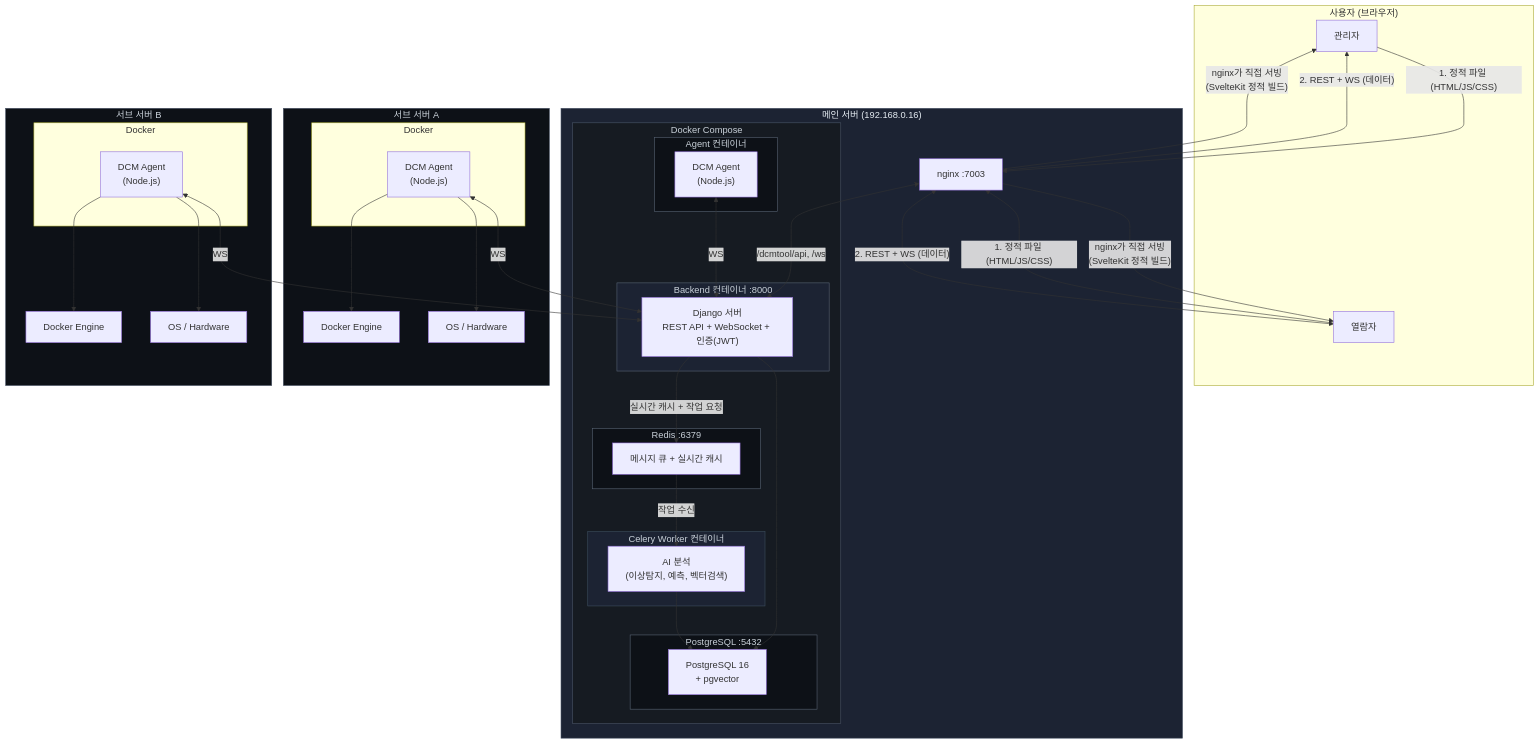
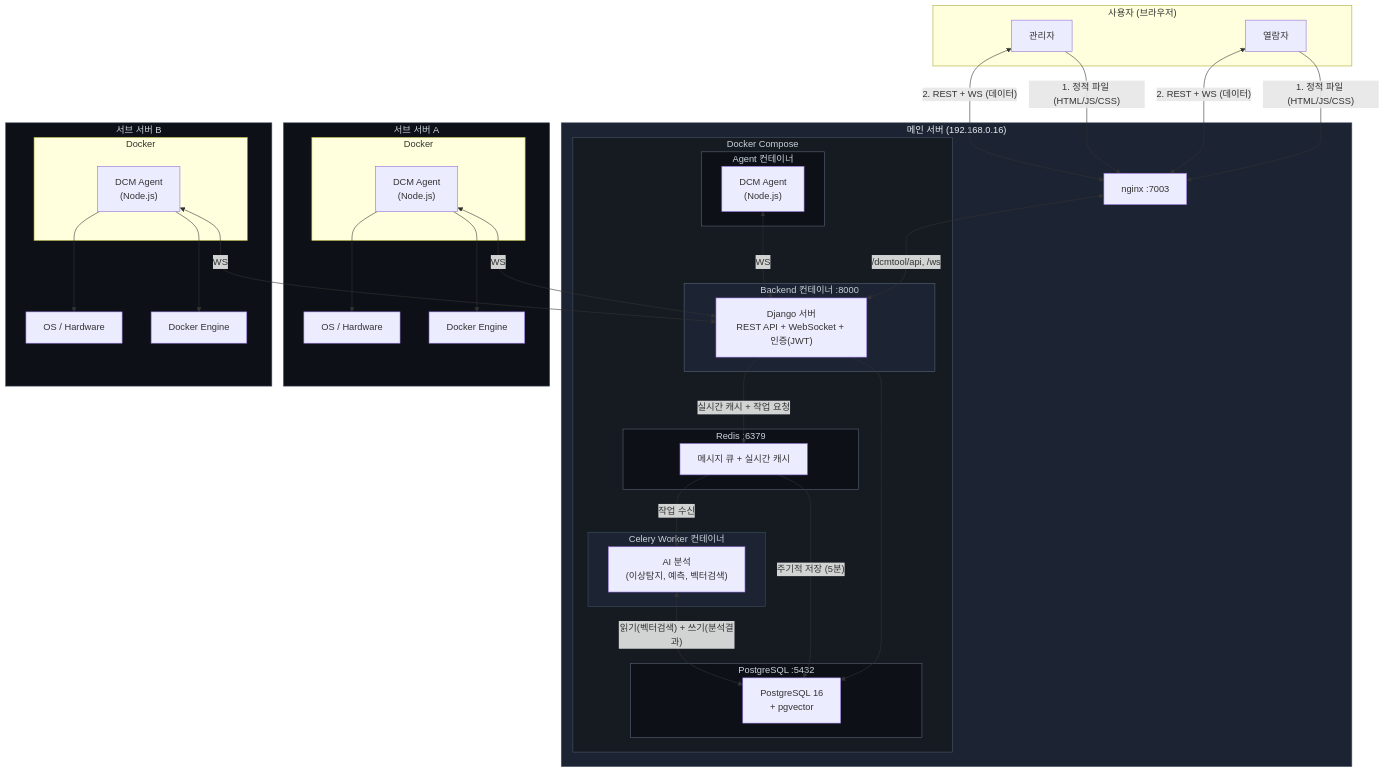
One commit to qkr7287/HyperCube changed the first of 11 diagrams in docs/to-be-architecture.md. Above: the diagram before and after it, drawn with Mermaid.

Commit message:
docs: fix system diagram - add Redis→PG periodic save, Celery↔PG bidirectional

````diff
--- a/docs/to-be-architecture.md
+++ b/docs/to-be-architecture.md
@@ -19,79 +19,79 @@
 ```mermaid
 graph TB
     subgraph 사용자["사용자 (브라우저)"]
         Admin["관리자"]
         Viewer["열람자"]
     end
 
     subgraph MainServer["메인 서버 (192.168.0.16)"]
         Nginx["nginx :7003"]
 
         subgraph DockerMain["Docker Compose"]
             subgraph BE["Backend 컨테이너 :8000"]
                 Django["Django 서버<br/>REST API + WebSocket + 인증(JWT)"]
             end
 
             subgraph CeleryC["Celery Worker 컨테이너"]
                 CeleryW["AI 분석<br/>(이상탐지, 예측, 벡터검색)"]
             end
 
             subgraph RedisC["Redis :6379"]
                 RedisS["메시지 큐 + 실시간 캐시"]
             end
 
             subgraph PgContainer["PostgreSQL :5432"]
                 PgDB["PostgreSQL 16<br/>+ pgvector"]
             end
 
             subgraph AgentMain["Agent 컨테이너"]
                 AgentM["DCM Agent<br/>(Node.js)"]
             end
         end
     end
 
     subgraph SubServer1["서브 서버 A"]
         subgraph DockerSub1["Docker"]
             Agent1["DCM Agent<br/>(Node.js)"]
         end
         Docker1["Docker Engine"]
         System1["OS / Hardware"]
     end
 
     subgraph SubServer2["서브 서버 B"]
         subgraph DockerSub2["Docker"]
             Agent2["DCM Agent<br/>(Node.js)"]
         end
         Docker2["Docker Engine"]
         System2["OS / Hardware"]
     end
 
     Admin & Viewer -->|"1. 정적 파일 (HTML/JS/CSS)"| Nginx
-    Nginx -->|"nginx가 직접 서빙<br/>(SvelteKit 정적 빌드)"| Admin & Viewer
 
     Admin & Viewer <-->|"2. REST + WS (데이터)"| Nginx
     Nginx <-->|"/dcmtool/api, /ws"| Django
 
     Django --> PgDB
     Django -->|실시간 캐시 + 작업 요청| RedisS
+    RedisS -->|"주기적 저장 (5분)"| PgDB
     RedisS -->|작업 수신| CeleryW
-    CeleryW --> PgDB
+    CeleryW <-->|"읽기(벡터검색) + 쓰기(분석결과)"| PgDB
 
     AgentM <-->|WS| Django
     Agent1 <-->|WS| Django
     Agent2 <-->|WS| Django
 
     Agent1 --> Docker1
     Agent1 --> System1
     Agent2 --> Docker2
     Agent2 --> System2
 
     style MainServer fill:#1c2333,stroke:#4a5568,color:#e6edf3
     style DockerMain fill:#161b22,stroke:#4a5568,color:#c9d1d9
     style BE fill:#1c2333,stroke:#586474,color:#c9d1d9
     style CeleryC fill:#1c2333,stroke:#3d4f5f,color:#c9d1d9
     style RedisC fill:#0d1117,stroke:#586474,color:#c9d1d9
     style PgContainer fill:#0d1117,stroke:#586474,color:#c9d1d9
     style AgentMain fill:#0d1117,stroke:#586474,color:#c9d1d9
     style SubServer1 fill:#0d1117,stroke:#4a5568,color:#c9d1d9
     style SubServer2 fill:#0d1117,stroke:#4a5568,color:#c9d1d9
 ```
````
